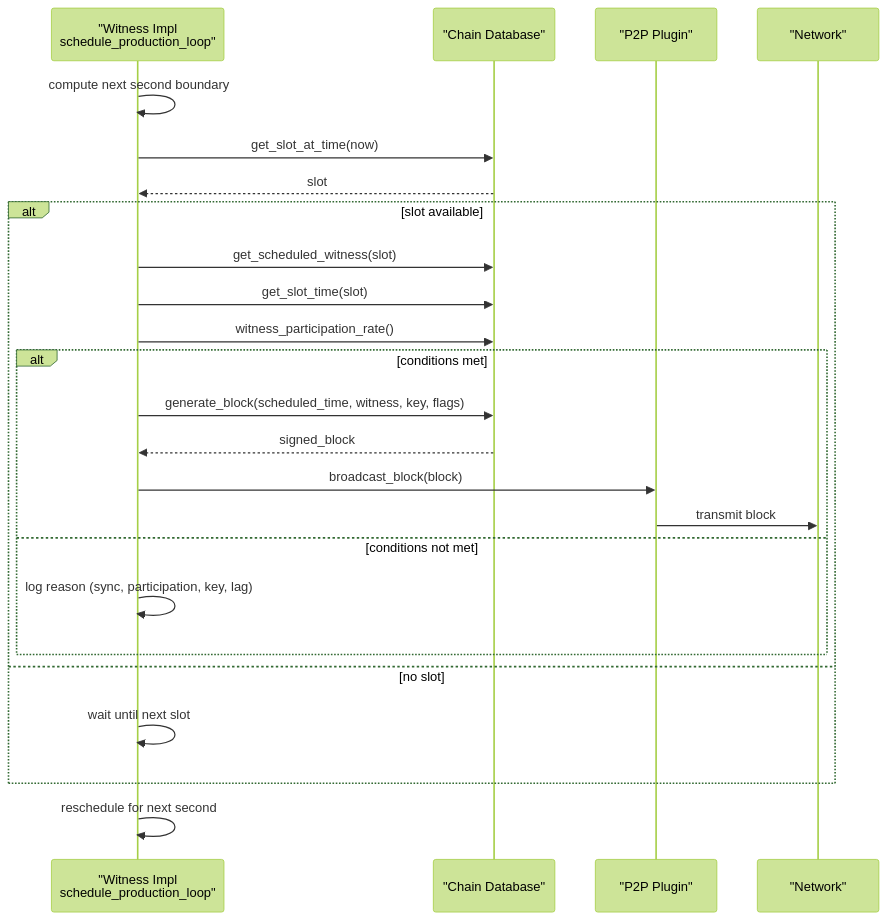
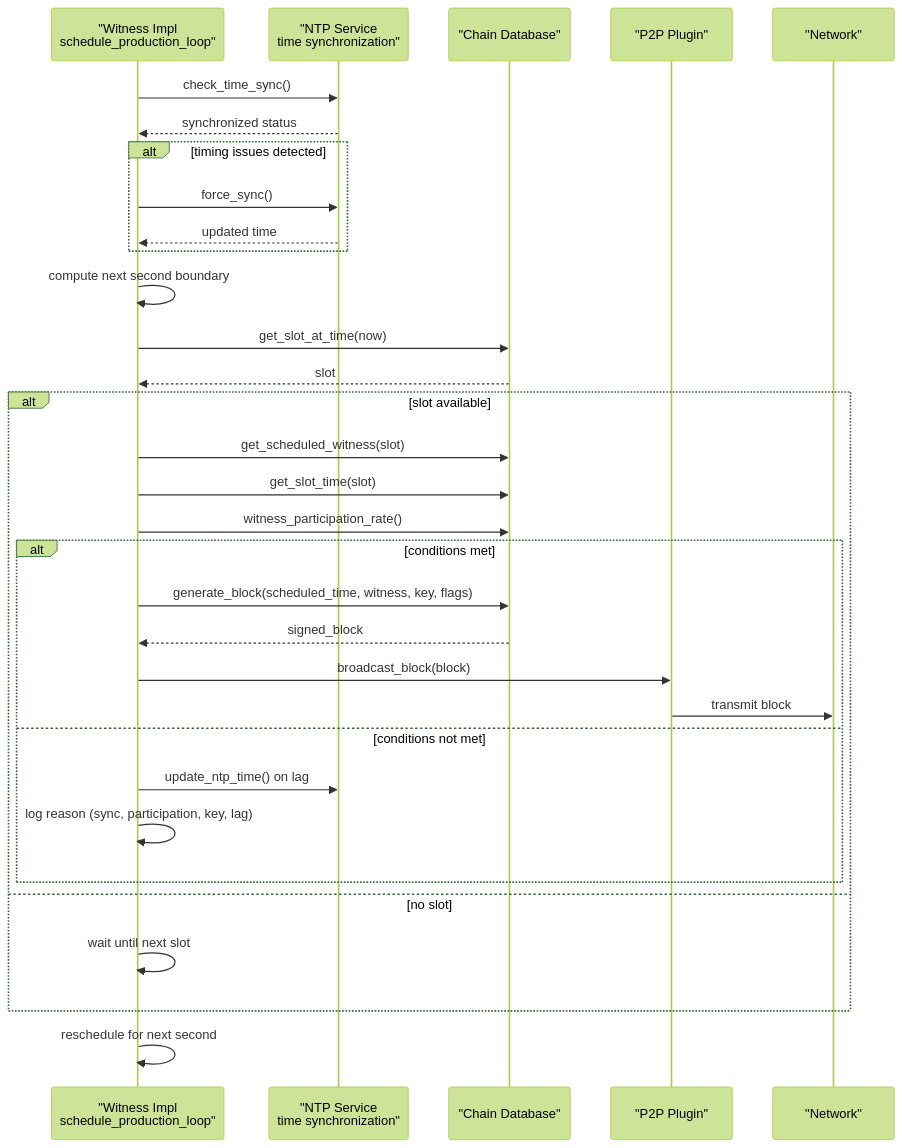
One commit to VIZ-Blockchain/viz-cpp-node changed the second of 6 diagrams in .qoder/repowiki/en/content/Witness.md. Above: the diagram before and after it, drawn with Mermaid (forest theme). The commit also changed other lines of this file and 5 other files, not shown here.

````diff
--- a/.qoder/repowiki/en/content/Witness.md
+++ b/.qoder/repowiki/en/content/Witness.md
@@ -100,26 +122,34 @@
 ```mermaid
 sequenceDiagram
 participant Timer as "Witness Impl<br/>schedule_production_loop"
+participant NTP as "NTP Service<br/>time synchronization"
 participant DB as "Chain Database"
 participant P2P as "P2P Plugin"
 participant Net as "Network"
+Timer->>NTP : check_time_sync()
+NTP-->>Timer : synchronized status
+alt timing issues detected
+Timer->>NTP : force_sync()
+NTP-->>Timer : updated time
+end
 Timer->>Timer : compute next second boundary
 Timer->>DB : get_slot_at_time(now)
 DB-->>Timer : slot
 alt slot available
 Timer->>DB : get_scheduled_witness(slot)
 Timer->>DB : get_slot_time(slot)
 Timer->>DB : witness_participation_rate()
 alt conditions met
 Timer->>DB : generate_block(scheduled_time, witness, key, flags)
 DB-->>Timer : signed_block
 Timer->>P2P : broadcast_block(block)
 P2P->>Net : transmit block
 else conditions not met
+Timer->>NTP : update_ntp_time() on lag
 Timer->>Timer : log reason (sync, participation, key, lag)
 end
 else no slot
 Timer->>Timer : wait until next slot
 end
 Timer->>Timer : reschedule for next second
 ```
````
